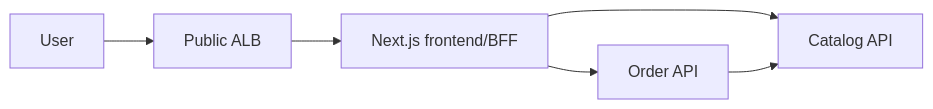
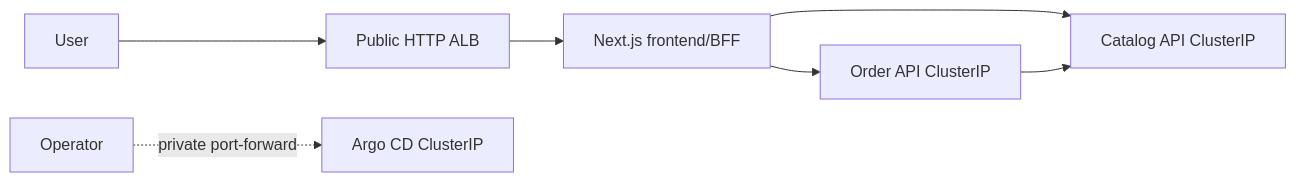
The diagram in README.md (MinhKhoa2209/techx-platform), drawn with Mermaid before and after one commit. The commit also changed other lines of this file and 41 other files, not shown here.

````diff
--- a/README.md
+++ b/README.md
@@ -49,8 +89,9 @@
 ```mermaid
 flowchart LR
-  User --> ALB[Public ALB]
+  User --> ALB[Public HTTP ALB]
   ALB --> Frontend[Next.js frontend/BFF]
-  Frontend --> Catalog[Catalog API]
-  Frontend --> Order[Order API]
+  Frontend --> Catalog[Catalog API ClusterIP]
+  Frontend --> Order[Order API ClusterIP]
   Order --> Catalog
+  Admin[Operator] -. private port-forward .-> Argo[Argo CD ClusterIP]
 ```
````
